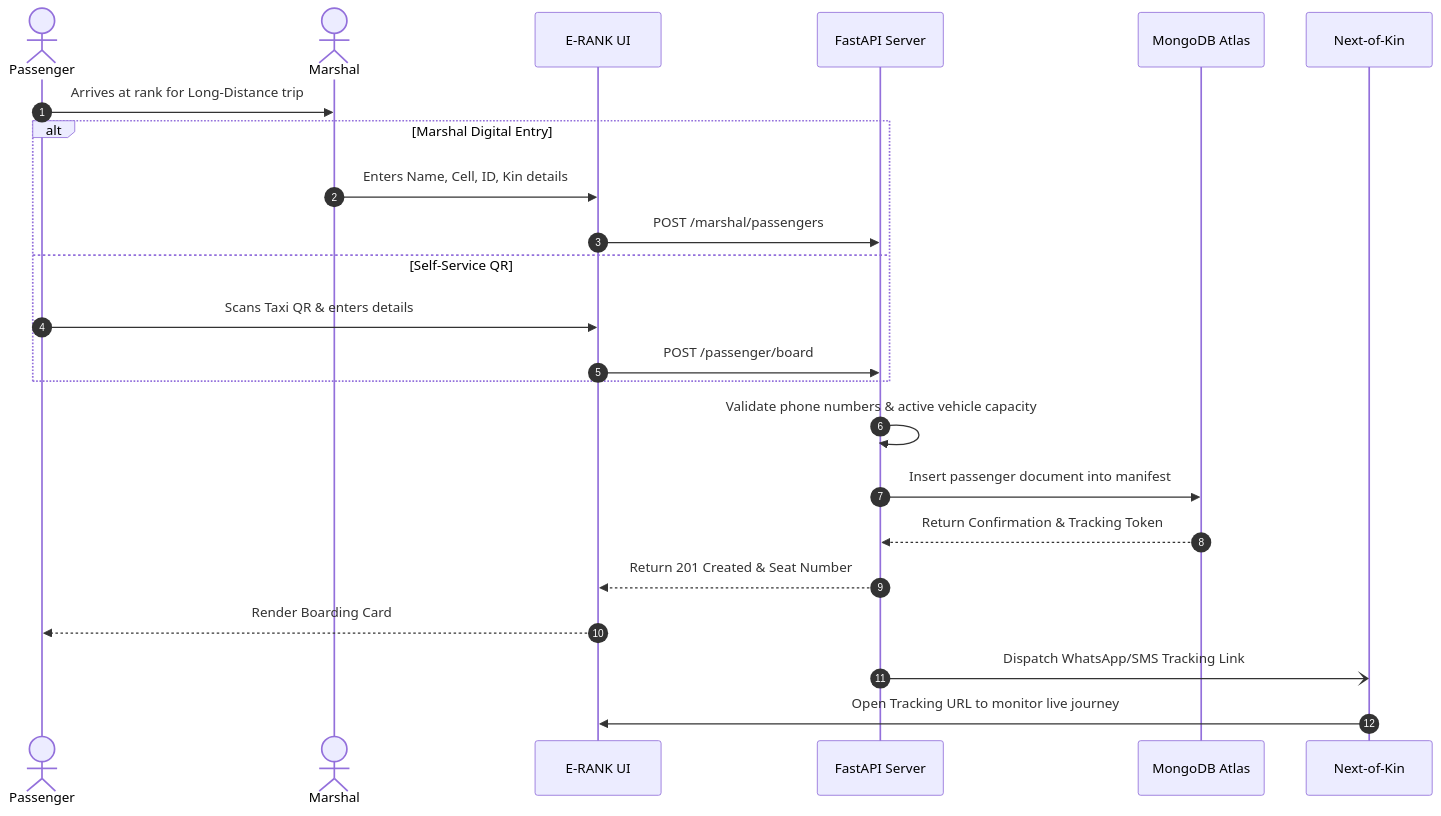
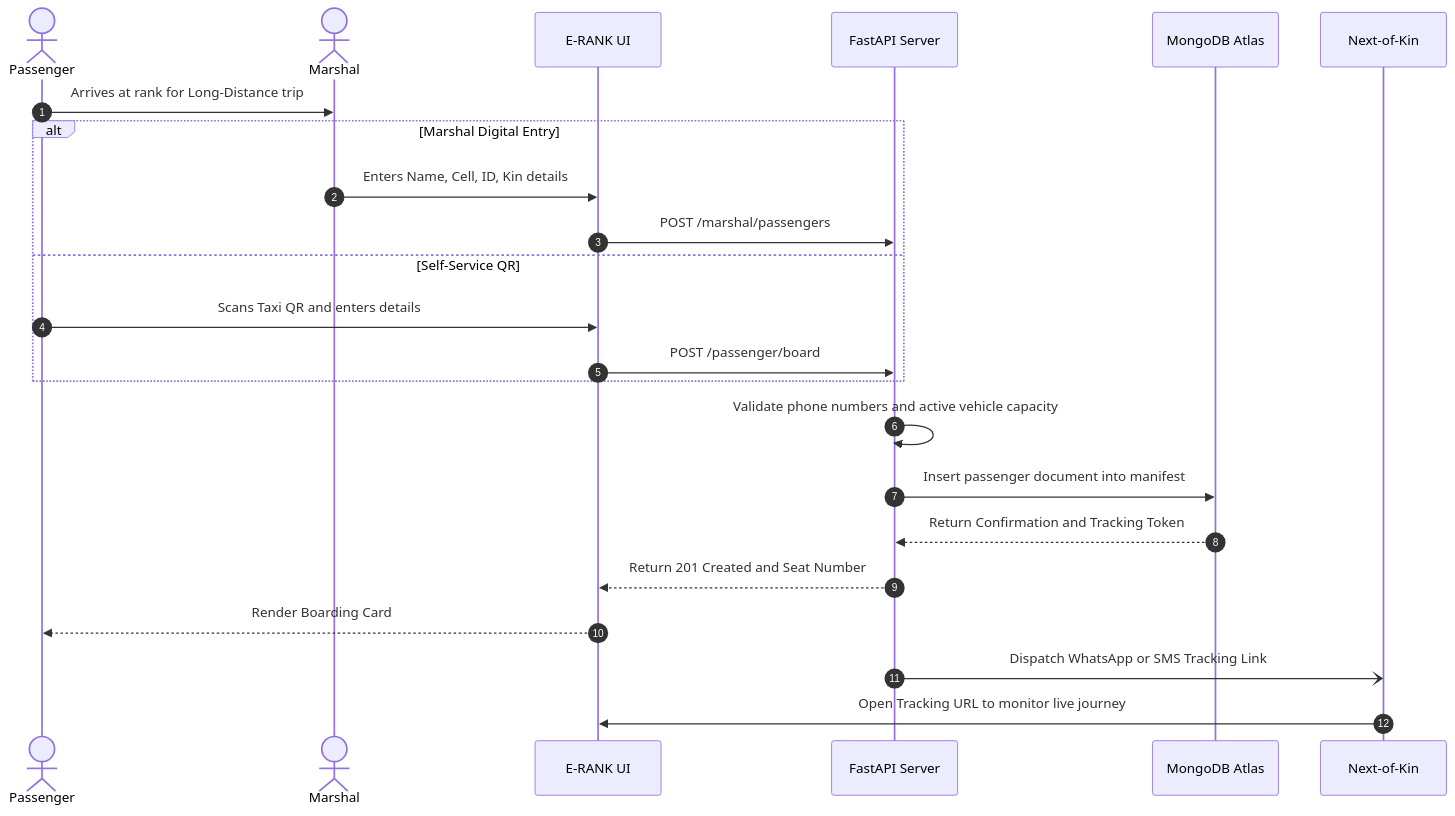
Before and after one commit to SiyaJNdzobs/NPRT63PMPSOLUTIONS: the fourth of 5 diagrams in Phase 2 Documentation/README.md, drawn with Mermaid. The commit also changed other lines of this file, not shown here.

First line of the commit message:
fix(docs): resolve GitHub mermaid parsing errors in Phase 2 diagrams

````diff
--- a/Phase 2 Documentation/README.md
+++ b/Phase 2 Documentation/README.md
@@ -278,26 +288,26 @@
 ```mermaid
 sequenceDiagram
     autonumber
     actor Passenger
     actor Marshal
     participant Frontend as E-RANK UI
     participant Backend as FastAPI Server
     participant DB as MongoDB Atlas
     participant Kin as Next-of-Kin
 
     Passenger->>Marshal: Arrives at rank for Long-Distance trip
     alt Marshal Digital Entry
         Marshal->>Frontend: Enters Name, Cell, ID, Kin details
         Frontend->>Backend: POST /marshal/passengers
     else Self-Service QR
-        Passenger->>Frontend: Scans Taxi QR & enters details
+        Passenger->>Frontend: Scans Taxi QR and enters details
         Frontend->>Backend: POST /passenger/board
     end
-    Backend->>Backend: Validate phone numbers & active vehicle capacity
+    Backend->>Backend: Validate phone numbers and active vehicle capacity
     Backend->>DB: Insert passenger document into manifest
-    DB-->>Backend: Return Confirmation & Tracking Token
-    Backend-->>Frontend: Return 201 Created & Seat Number
+    DB-->>Backend: Return Confirmation and Tracking Token
+    Backend-->>Frontend: Return 201 Created and Seat Number
     Frontend-->>Passenger: Render Boarding Card
-    Backend-)Kin: Dispatch WhatsApp/SMS Tracking Link
+    Backend-)Kin: Dispatch WhatsApp or SMS Tracking Link
     Kin->>Frontend: Open Tracking URL to monitor live journey
 ```
````
